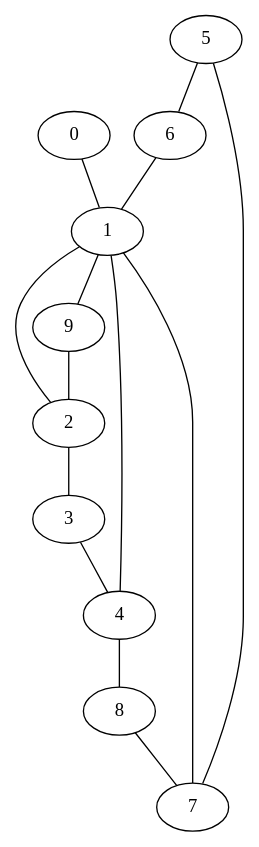
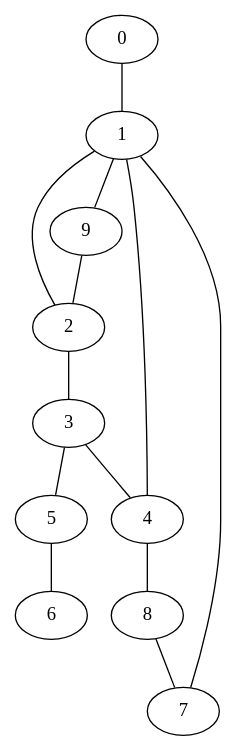
One commit to abemac/verilog-to-fsm changed the diagram in state_encoding/yuan_alg/run/graph1.dot. Above: the diagram before and after it, drawn with Graphviz. The commit also changed 6 other files, not shown here.

```diff
--- a/state_encoding/yuan_alg/run/graph1.dot
+++ b/state_encoding/yuan_alg/run/graph1.dot
@@ -1,15 +1,14 @@
 graph fsm {
 0 -- 1;
 1 -- 2;
 1 -- 9;
 2 -- 3;
+3 -- 5;
 3 -- 4;
 4 -- 1;
 4 -- 8;
-5 -- 7;
 5 -- 6;
-6 -- 1;
 7 -- 1;
 8 -- 7;
 9 -- 2;
 }
```
